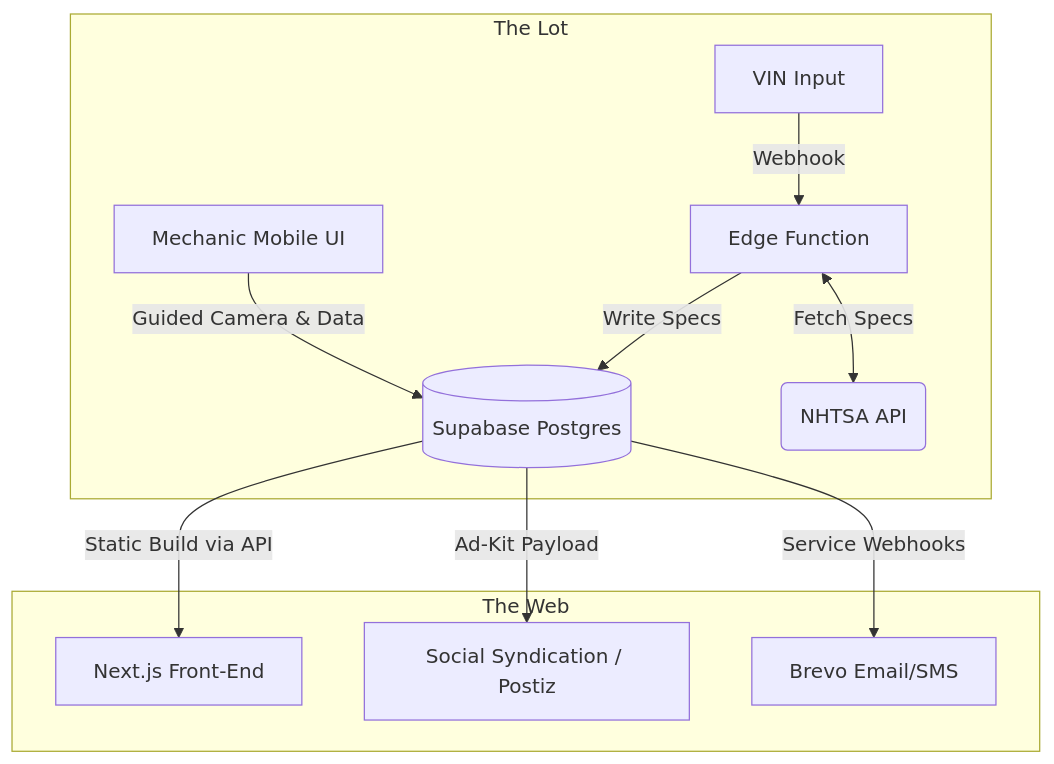
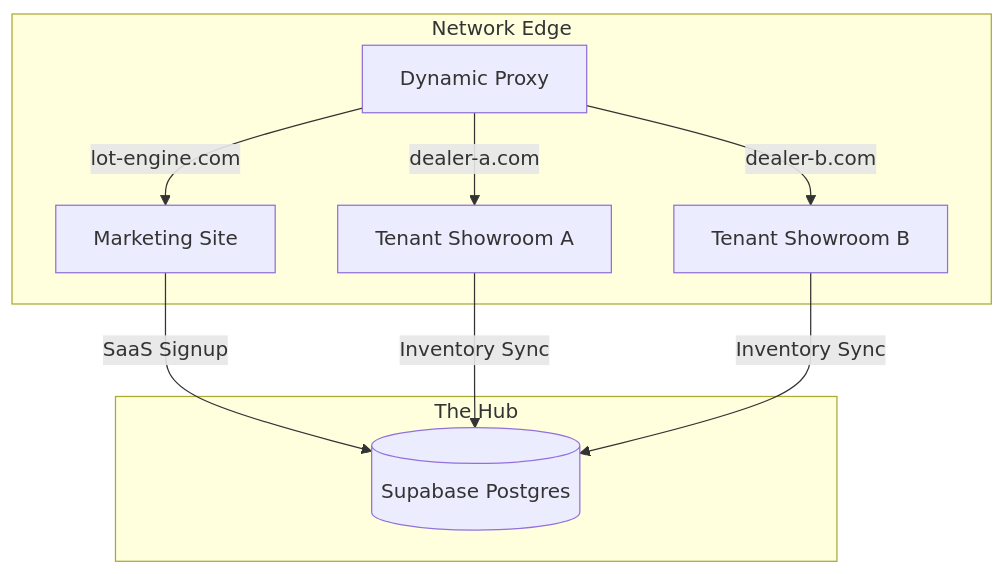
The diagram in README.md (benwiththelens/LotEngine), drawn with Mermaid before and after one commit. The commit also changed other lines of this file and 1 other file, not shown here.

Commit message:
docs: update CHANGELOG and README for v0.3.0 multi-tenant launch

````diff
--- a/README.md
+++ b/README.md
@@ -11,15 +9,14 @@
 ```mermaid
 graph TD;
-    subgraph Input Layer [The Lot]
-        M[Mechanic Mobile UI] -->|Guided Camera & Data| S[(Supabase Postgres)]
-        V[VIN Input] -->|Webhook| E[Edge Function]
-        E <-->|Fetch Specs| N(NHTSA API)
-        E -->|Write Specs| S
+    subgraph Multi-Tenant Boundary [Network Edge]
+        P[Dynamic Proxy] -->|lot-engine.com| M[Marketing Site]
+        P -->|dealer-a.com| T[Tenant Showroom A]
+        P -->|dealer-b.com| T2[Tenant Showroom B]
     end
 
-    subgraph Distribution Layer [The Web]
-        S -->|Static Build via API| W[Next.js Front-End]
-        S -->|Ad-Kit Payload| P[Social Syndication / Postiz]
-        S -->|Service Webhooks| B[Brevo Email/SMS]
+    subgraph Operations Layer [The Hub]
+        M -->|SaaS Signup| S[(Supabase Postgres)]
+        T -->|Inventory Sync| S
+        T2 -->|Inventory Sync| S
     end
 ```
````
